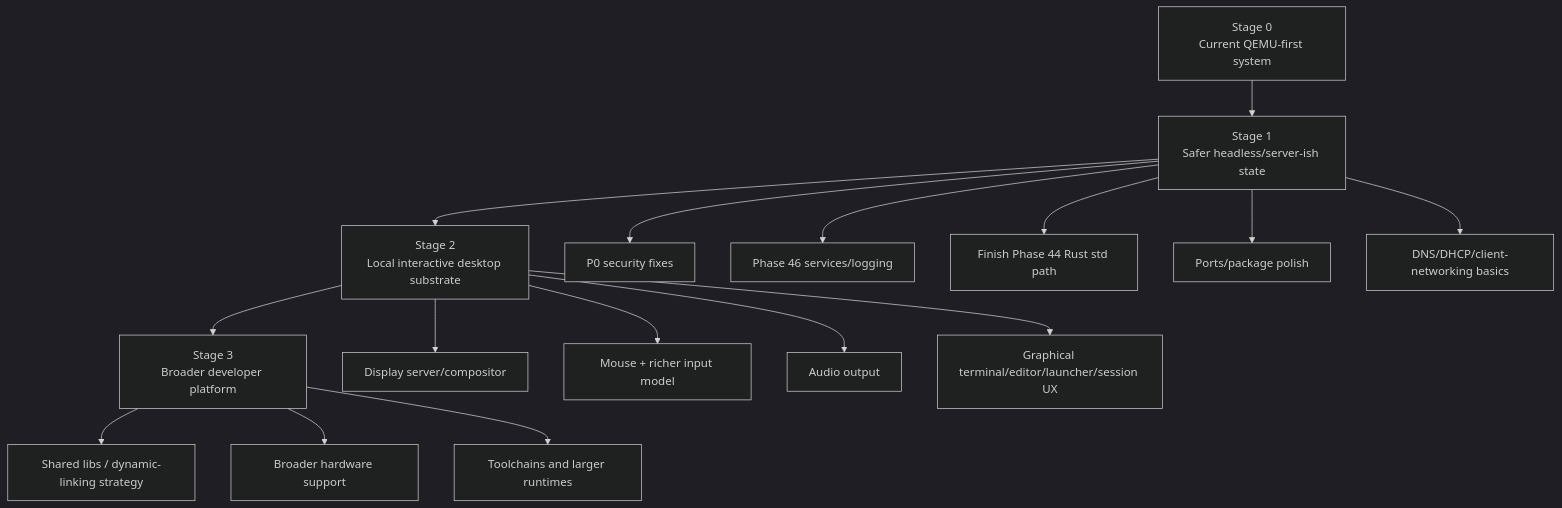
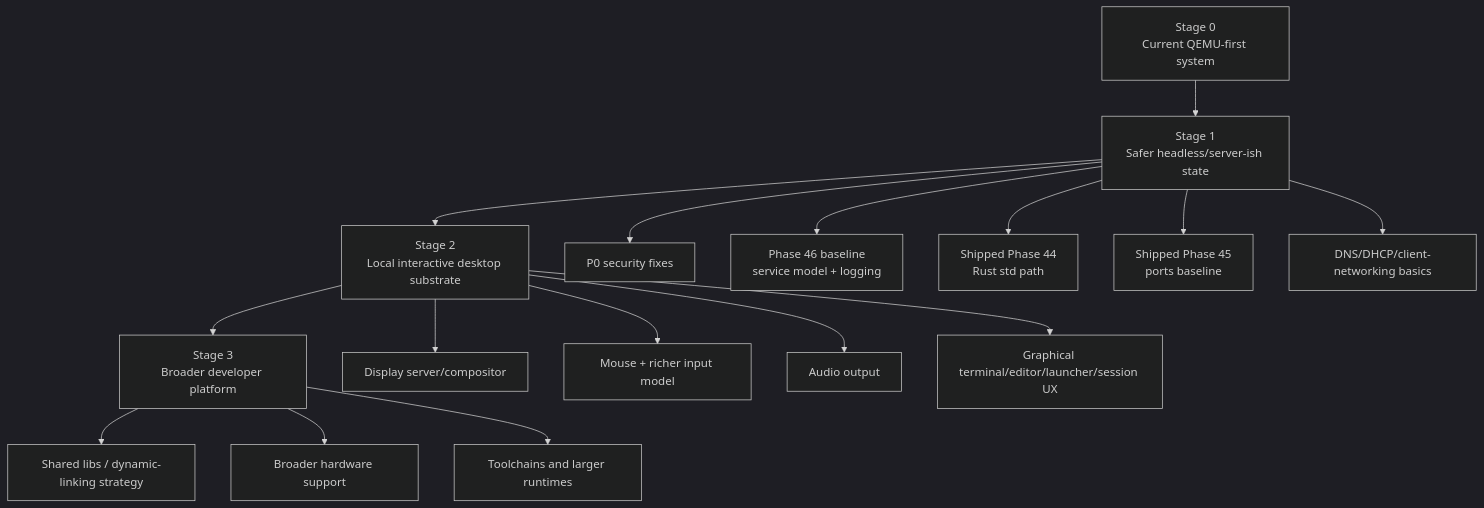
The diagram in docs/evaluation/usability-roadmap.md (mikecubed/m3OS), drawn with Mermaid (dark theme) before and after one commit. The commit also changed other lines of this file and 13 other files, not shown here.

Commit message:
docs: refresh evaluation for phase 46 baseline

````diff
--- a/docs/evaluation/usability-roadmap.md
+++ b/docs/evaluation/usability-roadmap.md
@@ -14,21 +16,21 @@
 ```mermaid
 flowchart TD
     S0["Stage 0<br/>Current QEMU-first system"] --> S1["Stage 1<br/>Safer headless/server-ish state"]
     S1 --> S2["Stage 2<br/>Local interactive desktop substrate"]
     S2 --> S3["Stage 3<br/>Broader developer platform"]
 
     S1 --> SEC["P0 security fixes"]
-    S1 --> SERV["Phase 46 services/logging"]
-    S1 --> R44["Finish Phase 44 Rust std path"]
-    S1 --> PKG["Ports/package polish"]
+    S1 --> SERV["Phase 46 baseline<br/>service model + logging"]
+    S1 --> R44["Shipped Phase 44<br/>Rust std path"]
+    S1 --> PKG["Shipped Phase 45<br/>ports baseline"]
     S1 --> NET["DNS/DHCP/client-networking basics"]
 
     S2 --> DISP["Display server/compositor"]
     S2 --> INPUT["Mouse + richer input model"]
     S2 --> AUDIO["Audio output"]
     S2 --> APPS["Graphical terminal/editor/launcher/session UX"]
 
     S3 --> DYNLIB["Shared libs / dynamic-linking strategy"]
     S3 --> HW["Broader hardware support"]
     S3 --> TOOL["Toolchains and larger runtimes"]
 ```
````
